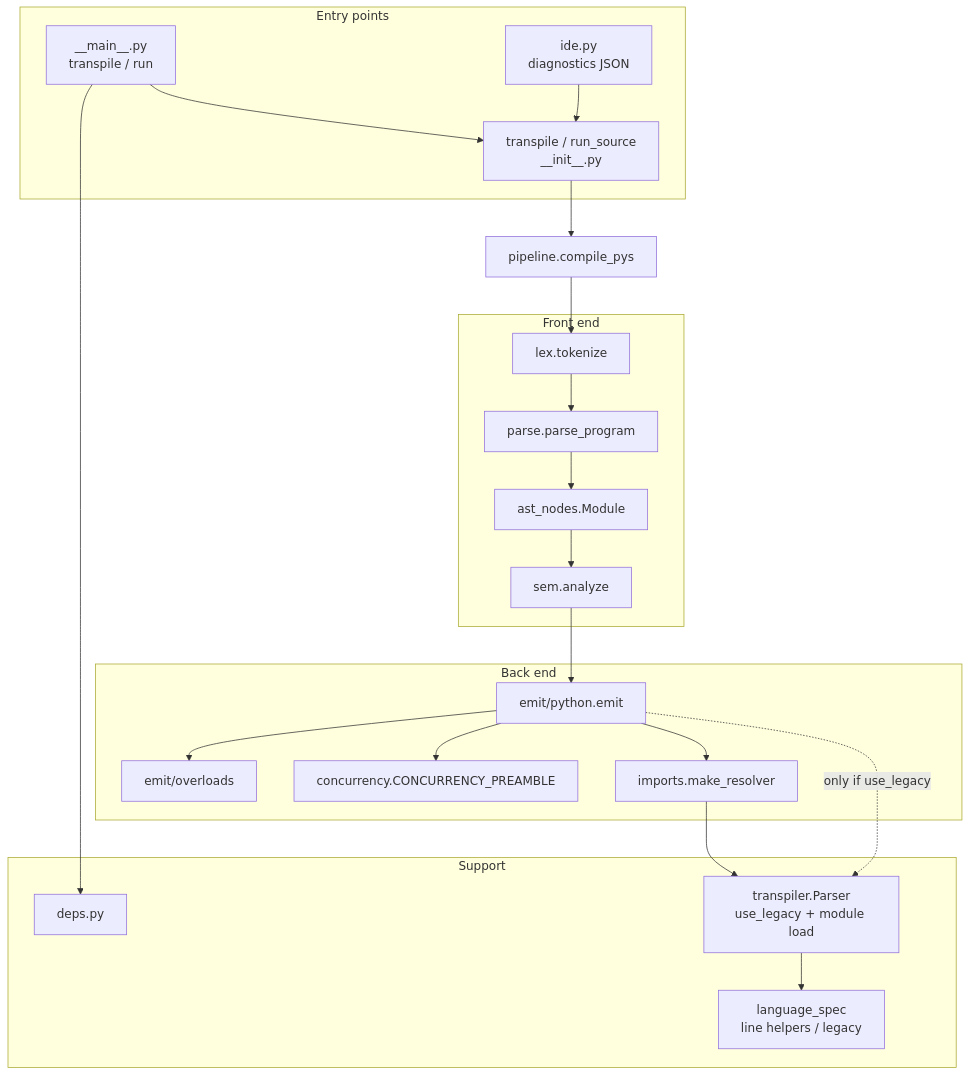
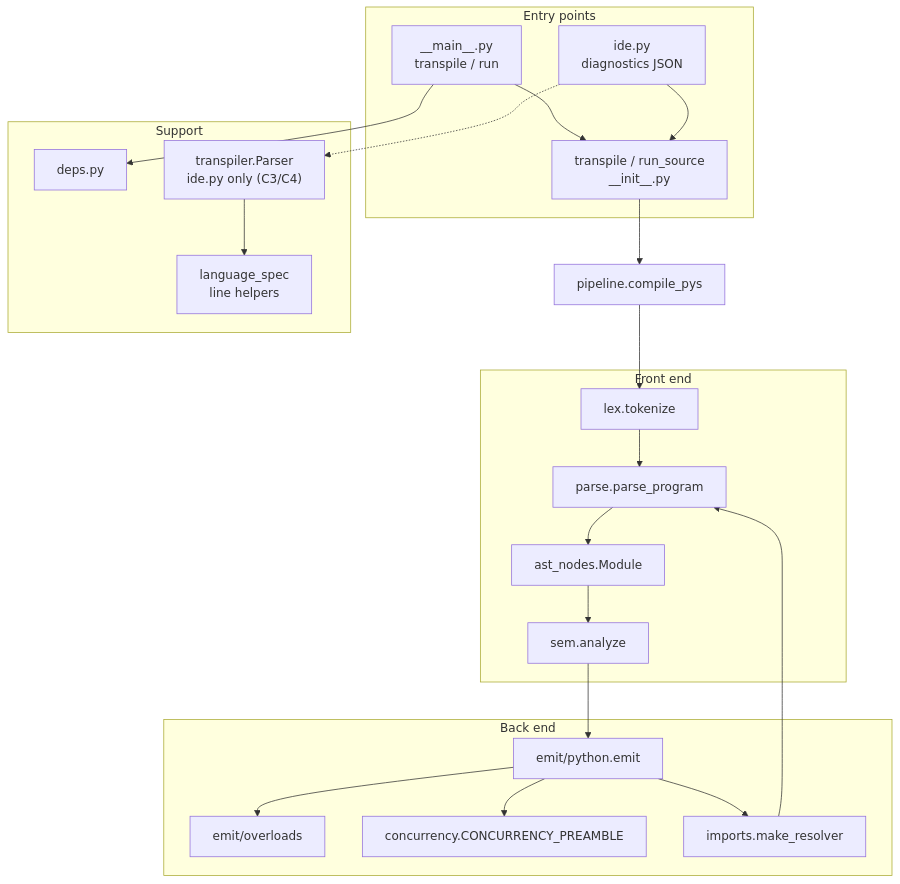
The second of 7 diagrams in docs/ARCHITECTURE.md (remideboer/pys), drawn with Mermaid before and after one commit. The commit also changed other lines of this file and 11 other files, not shown here.

First line of the commit message:
feat: AST-only compile path; drop use_legacy emit

````diff
--- a/docs/ARCHITECTURE.md
+++ b/docs/ARCHITECTURE.md
@@ -47,40 +47,40 @@
 ```mermaid
 flowchart TB
   subgraph entry [Entry points]
     Main["__main__.py<br/>transpile / run"]
     Public["transpile / run_source<br/>__init__.py"]
     Ide["ide.py<br/>diagnostics JSON"]
   end
 
   subgraph front [Front end]
     Lex["lex.tokenize"]
     Parse["parse.parse_program"]
     AST["ast_nodes.Module"]
     Sem["sem.analyze"]
   end
 
   subgraph back [Back end]
     Emit["emit/python.emit"]
     Over["emit/overloads"]
     Conc["concurrency.CONCURRENCY_PREAMBLE"]
     Imp["imports.make_resolver"]
   end
 
   subgraph support [Support]
     Deps["deps.py"]
-    Legacy["transpiler.Parser<br/>use_legacy + module load"]
-    Spec["language_spec<br/>line helpers / legacy"]
+    IdeLegacy["transpiler.Parser<br/>ide.py only (C3/C4)"]
+    Spec["language_spec<br/>line helpers"]
   end
 
   Main --> Public
   Main --> Deps
   Ide --> Public
+  Ide -.-> IdeLegacy
   Public --> Pipe["pipeline.compile_pys"]
   Pipe --> Lex --> Parse --> AST --> Sem --> Emit
   Emit --> Over
   Emit --> Conc
   Emit --> Imp
-  Imp --> Legacy
-  Emit -.->|only if use_legacy| Legacy
-  Legacy --> Spec
+  Imp --> Parse
+  IdeLegacy --> Spec
 ```
````
